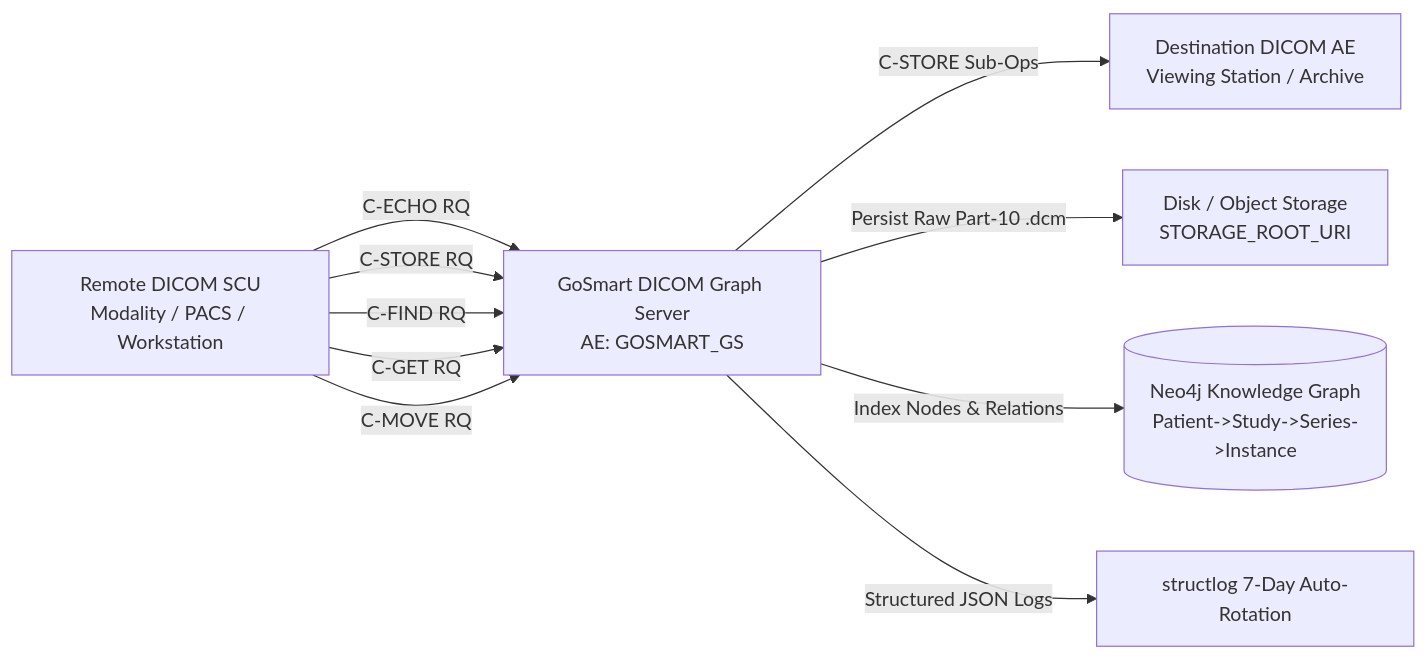
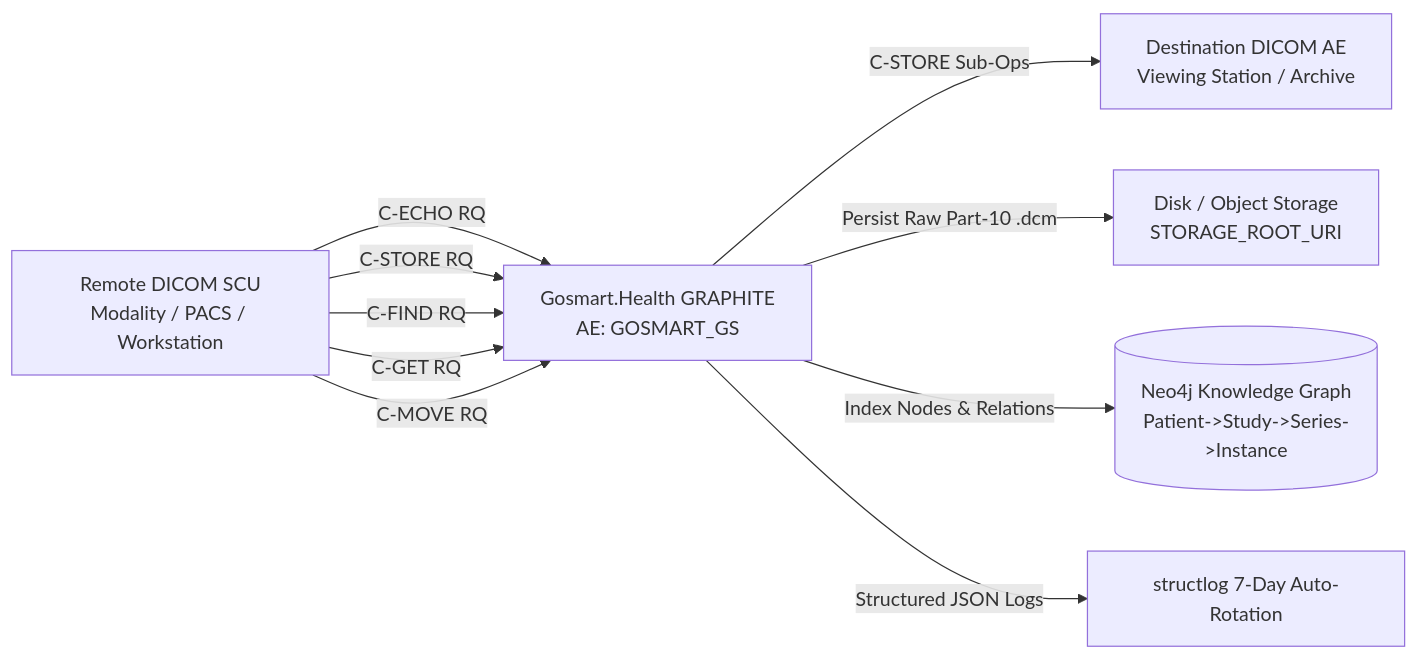
Before and after one commit to gosmart-health/gosmart-graphite: the diagram in docs/dicom_conformance_statement.md, drawn with Mermaid. The commit also changed other lines of this file and 152 other files, not shown here.

First line of the commit message:
chore(project): rename project references to gosmart-graphite

````diff
--- a/docs/dicom_conformance_statement.md
+++ b/docs/dicom_conformance_statement.md
@@ -89,12 +89,12 @@
 ```mermaid
 graph LR
-    RemoteSCU[Remote DICOM SCU<br/>Modality / PACS / Workstation] -->|C-ECHO RQ| VNA[GoSmart DICOM Graph Server<br/>AE: GOSMART_GS]
+    RemoteSCU[Remote DICOM SCU<br/>Modality / PACS / Workstation] -->|C-ECHO RQ| VNA[Gosmart.Health GRAPHITE<br/>AE: GOSMART_GS]
     RemoteSCU -->|C-STORE RQ| VNA
     RemoteSCU -->|C-FIND RQ| VNA
     RemoteSCU -->|C-GET RQ| VNA
     RemoteSCU -->|C-MOVE RQ| VNA
     VNA -->|C-STORE Sub-Ops| DestinationAE[Destination DICOM AE<br/>Viewing Station / Archive]
     VNA -->|Persist Raw Part-10 .dcm| Storage[Disk / Object Storage<br/>STORAGE_ROOT_URI]
     VNA -->|Index Nodes & Relations| GraphDB[(Neo4j Knowledge Graph<br/>Patient->Study->Series->Instance)]
     VNA -->|Structured JSON Logs| LogEngine[structlog 7-Day Auto-Rotation]
 ```
````
